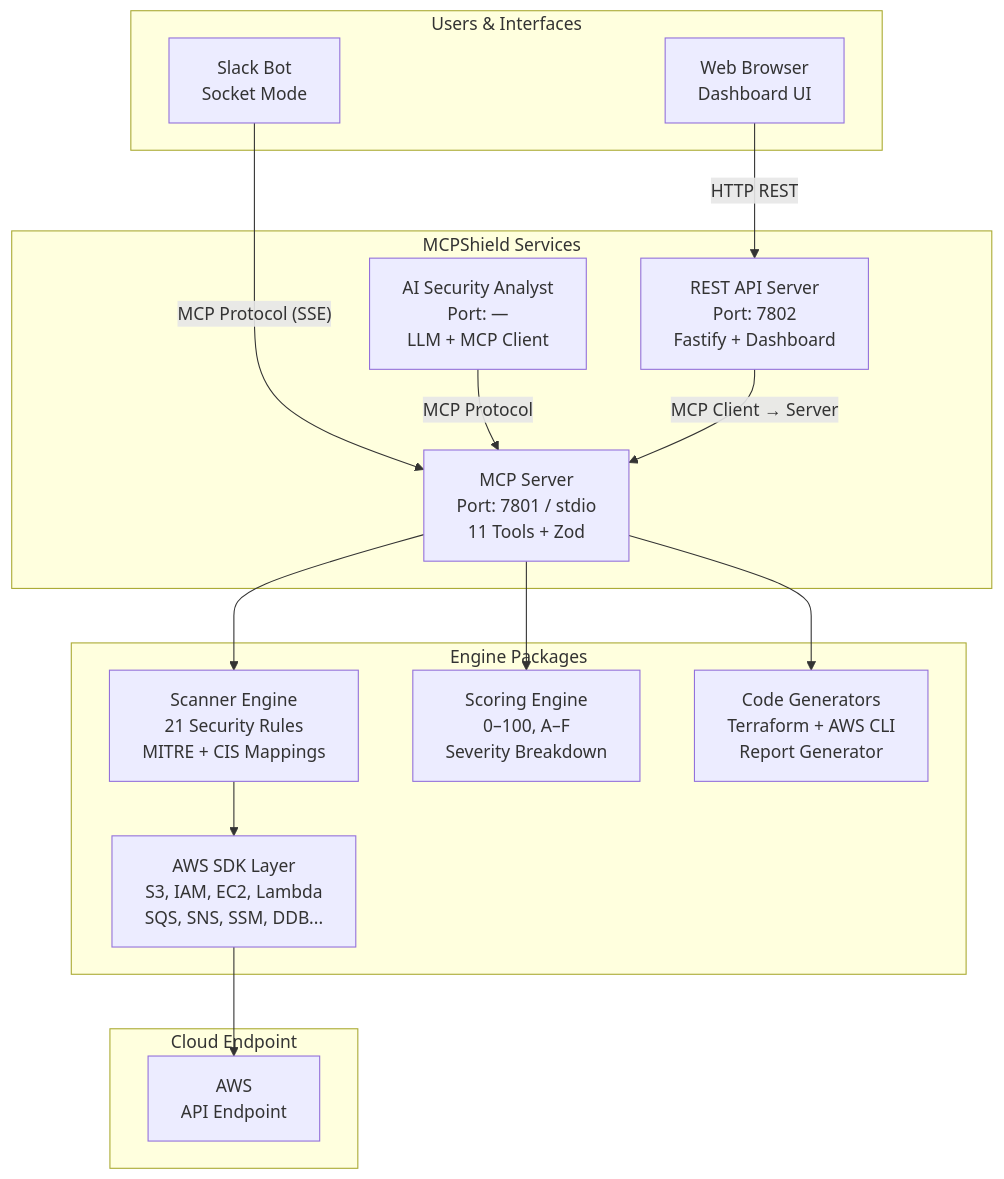
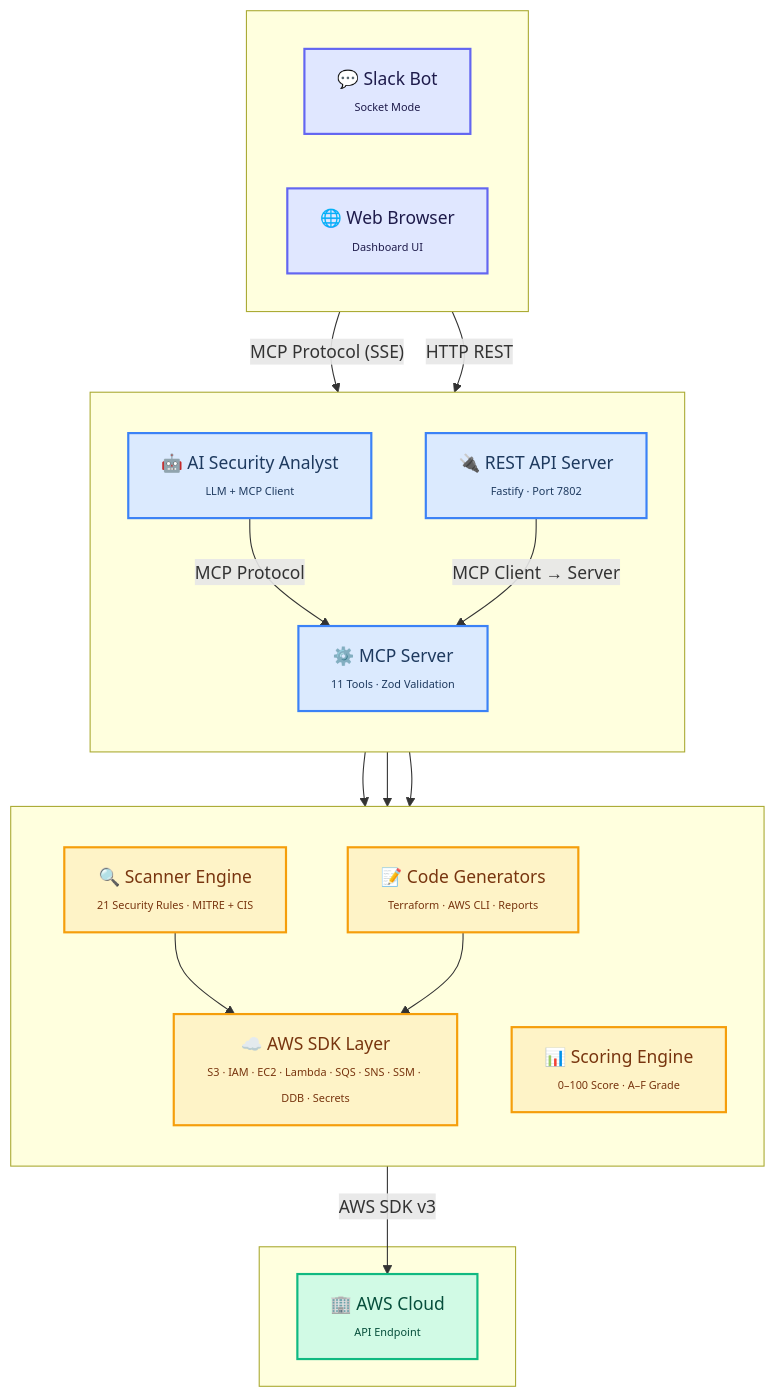
Before and after one commit to akintunero/mcpshield: the first of 4 diagrams in README.md, drawn with Mermaid. The commit also changed other lines of this file, not shown here.

Commit message:
docs: improve architecture diagrams with better styling and clarity

````diff
--- a/README.md
+++ b/README.md
@@ -28,35 +28,51 @@
 ```mermaid
 graph TB
-    subgraph "Users & Interfaces"
-        Slack[Slack Bot<br/>Socket Mode]
-        Browser[Web Browser<br/>Dashboard UI]
+    %% Styling
+    classDef user fill:#e0e7ff,stroke:#6366f1,stroke-width:2px,color:#1e1b4b
+    classDef service fill:#dbeafe,stroke:#3b82f6,stroke-width:2px,color:#1e3a5f
+    classDef engine fill:#fef3c7,stroke:#f59e0b,stroke-width:2px,color:#78350f
+    classDef cloud fill:#d1fae5,stroke:#10b981,stroke-width:2px,color:#064e3b
+    classDef critical fill:#fee2e2,stroke:#ef4444,stroke-width:3px,color:#7f1d1d,stroke-dasharray: 5 3
+
+    subgraph Users[" "]
+        direction LR
+        Slack["💬 Slack Bot<br/><span style='font-size:10px'>Socket Mode</span>"]
+        Browser["🌐 Web Browser<br/><span style='font-size:10px'>Dashboard UI</span>"]
     end
 
-    subgraph "MCPShield Services"
-        Agent[AI Security Analyst<br/>Port: —<br/>LLM + MCP Client]
-        API[REST API Server<br/>Port: 7802<br/>Fastify + Dashboard]
-        MCPServer[MCP Server<br/>Port: 7801 / stdio<br/>11 Tools + Zod]
+    subgraph Services[" "]
+        direction TB
+        Agent["🤖 AI Security Analyst<br/><span style='font-size:10px'>LLM + MCP Client</span>"]
+        MCPServer["⚙️ MCP Server<br/><span style='font-size:10px'>11 Tools · Zod Validation</span>"]
+        API["🔌 REST API Server<br/><span style='font-size:10px'>Fastify · Port 7802</span>"]
     end
 
-    subgraph "Engine Packages"
-        Scanner[Scanner Engine<br/>21 Security Rules<br/>MITRE + CIS Mappings]
-        Score[Scoring Engine<br/>0–100, A–F<br/>Severity Breakdown]
-        CloudTools[AWS SDK Layer<br/>S3, IAM, EC2, Lambda<br/>SQS, SNS, SSM, DDB...]
-        Remediation[Code Generators<br/>Terraform + AWS CLI<br/>Report Generator]
+    subgraph Engine[" "]
+        direction TB
+        Scanner["🔍 Scanner Engine<br/><span style='font-size:10px'>21 Security Rules · MITRE + CIS</span>"]
+        Score["📊 Scoring Engine<br/><span style='font-size:10px'>0–100 Score · A–F Grade</span>"]
+        Generators["📝 Code Generators<br/><span style='font-size:10px'>Terraform · AWS CLI · Reports</span>"]
+        CloudTools["☁️ AWS SDK Layer<br/><span style='font-size:10px'>S3 · IAM · EC2 · Lambda · SQS · SNS · SSM · DDB · Secrets</span>"]
     end
 
-    subgraph "Cloud Endpoint"
-        Target[AWS<br/>API Endpoint]
+    subgraph Cloud[" "]
+        Target["🏢 AWS Cloud<br/><span style='font-size:10px'>API Endpoint</span>"]
     end
 
-    Slack -- "MCP Protocol (SSE)" --> MCPServer
-    Browser -- "HTTP REST" --> API
-    Agent -- "MCP Protocol" --> MCPServer
-    API -- "MCP Client → Server" --> MCPServer
+    Slack -->|"MCP Protocol (SSE)"| MCPServer
+    Browser -->|"HTTP REST"| API
+    Agent -->|"MCP Protocol"| MCPServer
+    API -->|"MCP Client → Server"| MCPServer
 
     MCPServer --> Scanner
     MCPServer --> Score
-    MCPServer --> Remediation
+    MCPServer --> Generators
     Scanner --> CloudTools
-    CloudTools --> Target
+    Generators --> CloudTools
+    CloudTools -->|"AWS SDK v3"| Target
+
+    class Slack,Browser user
+    class Agent,API,MCPServer service
+    class Scanner,Score,Generators,CloudTools engine
+    class Target cloud
 ```
````
